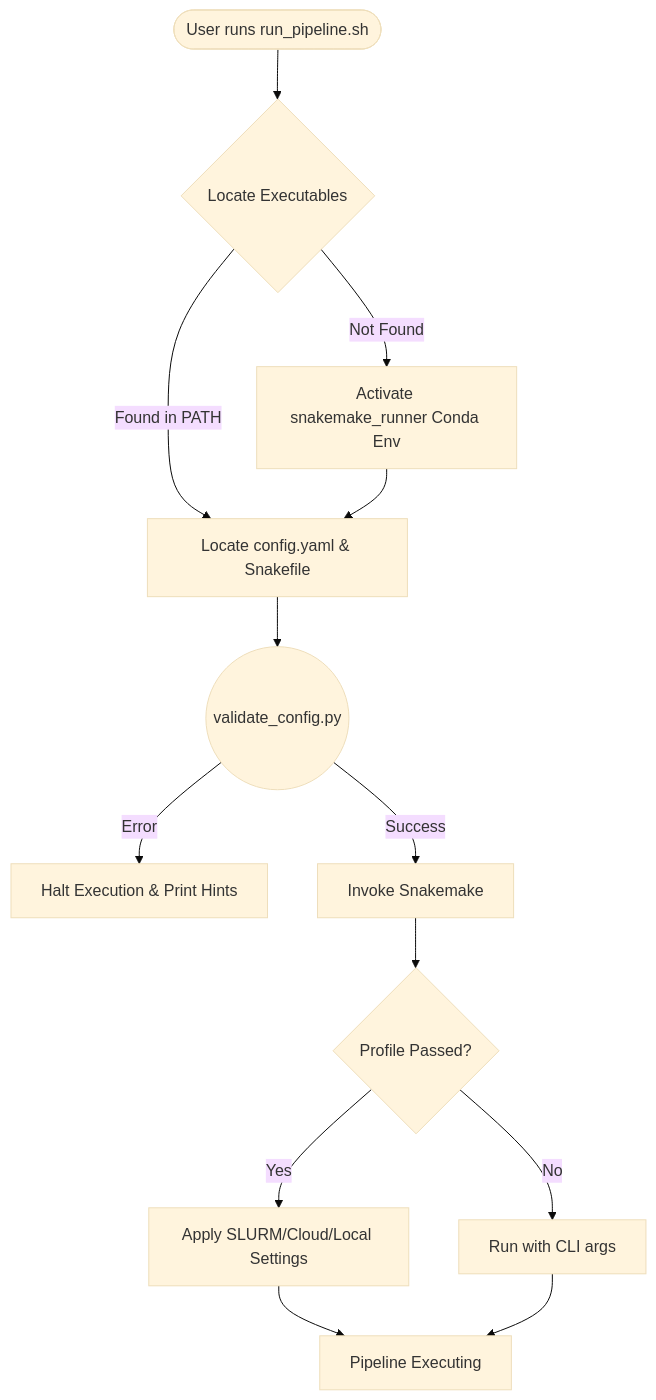
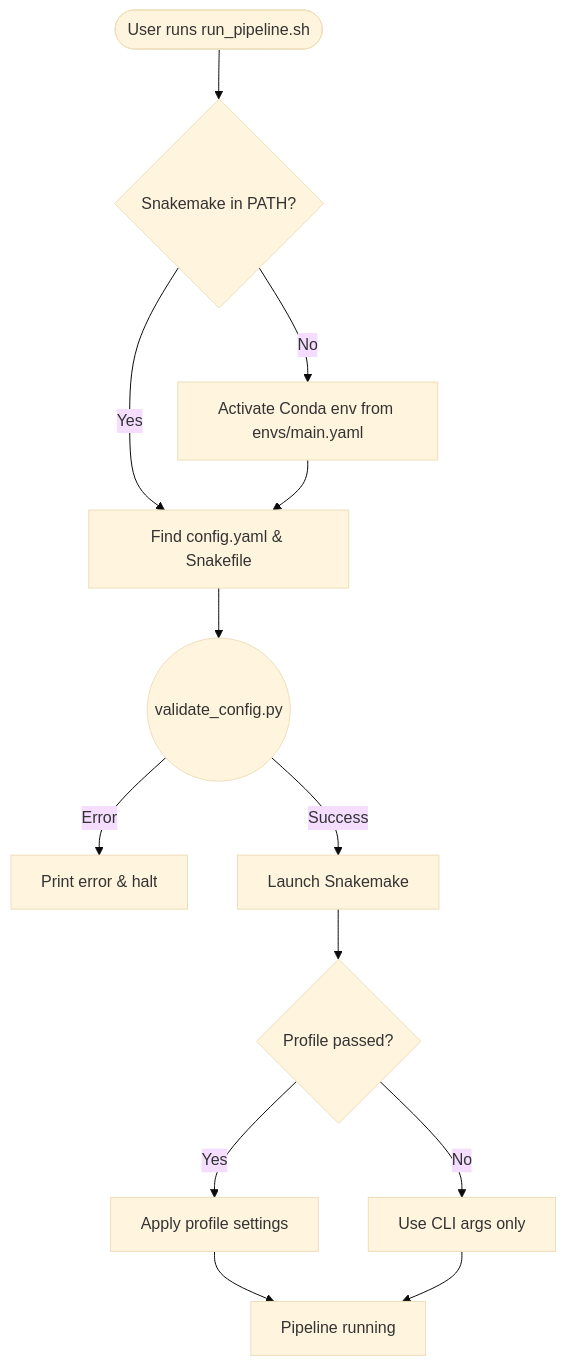
One commit to BDB-Genomics/bdb-rnaseq changed the diagram in scripts/README.md. Above: the diagram before and after it, drawn with Mermaid (base theme). The commit also changed other lines of this file and 7 other files, not shown here.

````diff
--- a/scripts/README.md
+++ b/scripts/README.md
@@ -9,18 +9,18 @@
 ```mermaid
 graph TD
-    A([User runs run_pipeline.sh]) --> B{Locate Executables}
-    B -- Not Found --> C[Activate snakemake_runner Conda Env]
-    B -- Found in PATH --> D
-    C --> D[Locate config.yaml & Snakefile]
+    A([User runs run_pipeline.sh]) --> B{Snakemake in PATH?}
+    B -- No --> C[Activate Conda env from envs/main.yaml]
+    B -- Yes --> D
+    C --> D[Find config.yaml & Snakefile]
     
     D --> E((validate_config.py))
-    E -- Error --> F[Halt Execution & Print Hints]
-    E -- Success --> G[Invoke Snakemake]
+    E -- Error --> F[Print error & halt]
+    E -- Success --> G[Launch Snakemake]
     
-    G --> H{Profile Passed?}
-    H -- Yes --> I[Apply SLURM/Cloud/Local Settings]
-    H -- No --> J[Run with CLI args]
+    G --> H{Profile passed?}
+    H -- Yes --> I[Apply profile settings]
+    H -- No --> J[Use CLI args only]
     
-    I --> K[Pipeline Executing]
+    I --> K[Pipeline running]
     J --> K
 ```
````
